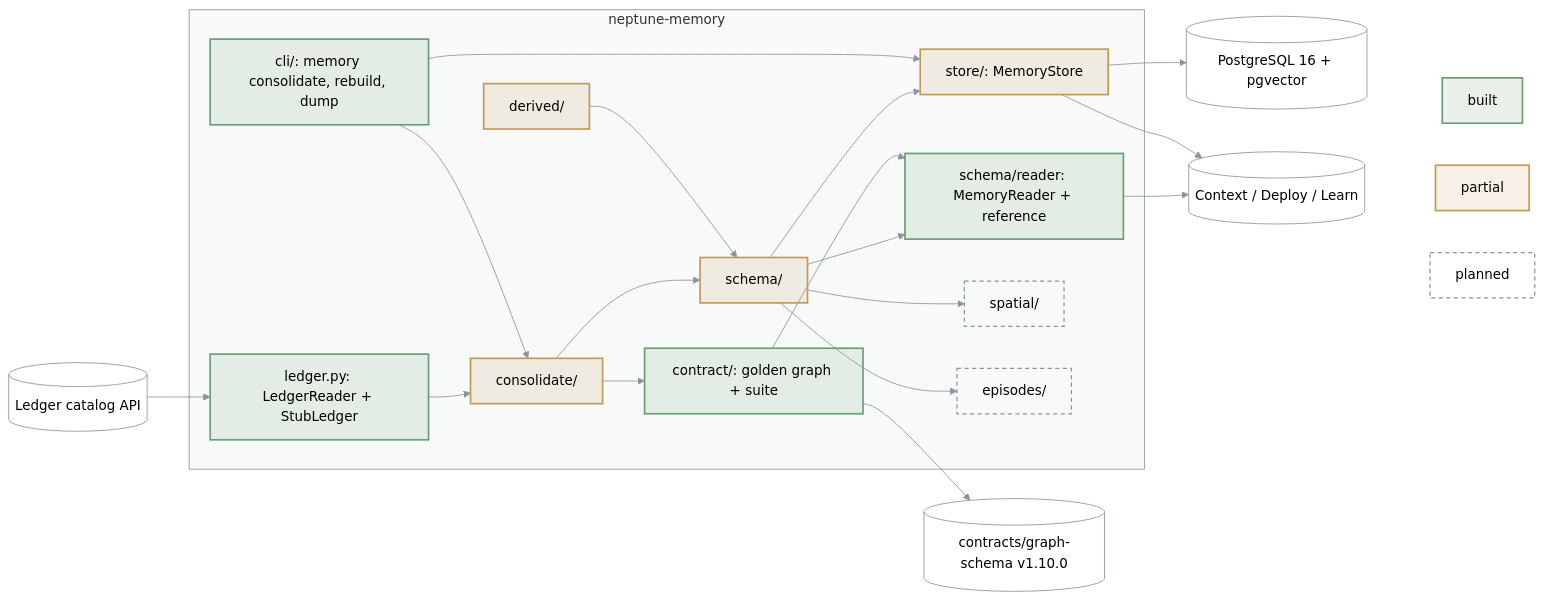
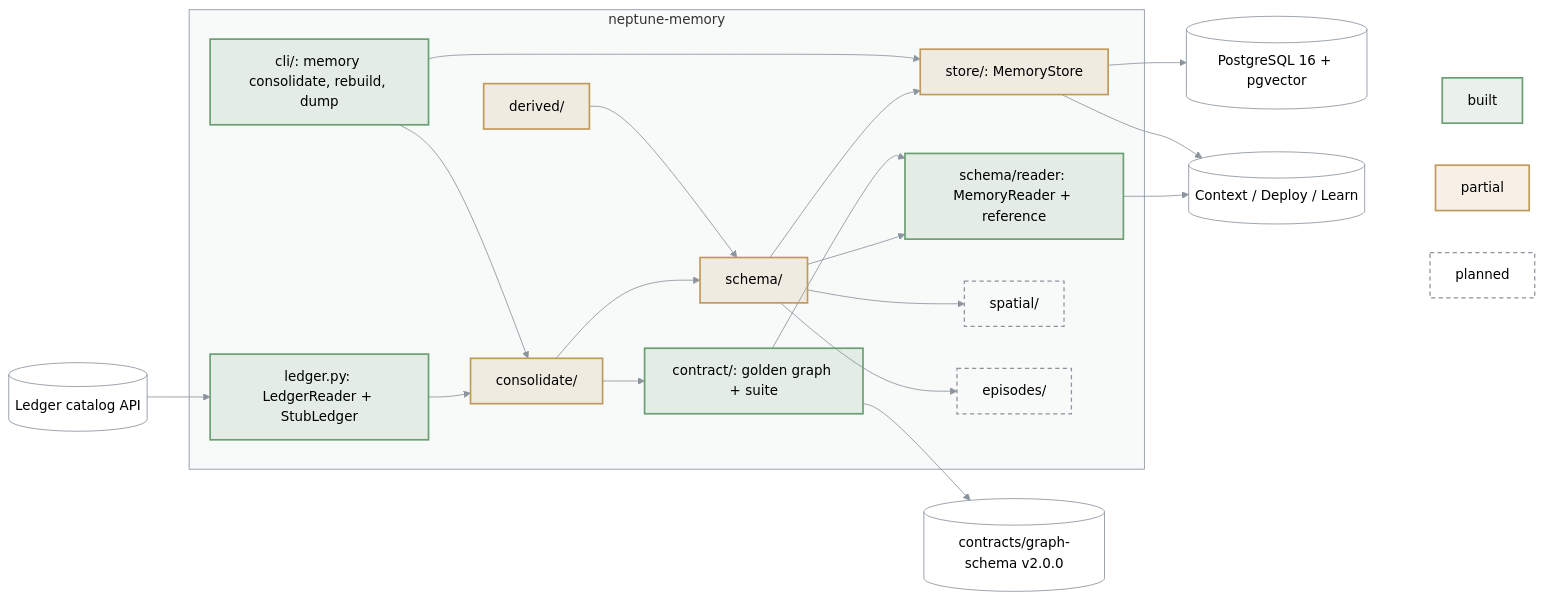
The diagram in packages/neptune-memory/ARCHITECTURE.md (bennytay/neptune), drawn with Mermaid (neutral theme) before and after one commit. The commit also changed 23 other files, not shown here.

First line of the commit message:
feat(memory)!: graph-schema 2.0.0, succeeds changes meaning; documents name their release

````diff
--- a/packages/neptune-memory/ARCHITECTURE.md
+++ b/packages/neptune-memory/ARCHITECTURE.md
@@ -3,49 +3,49 @@
 ```mermaid
 flowchart LR
   LED[("Ledger catalog API")]
   PG[("PostgreSQL 16 + pgvector")]
   subgraph M["neptune-memory"]
     SEAM["ledger.py: LedgerReader + StubLedger"]
     CON["consolidate/"]
     DER["derived/"]
     SCH["schema/"]
     RD["schema/reader: MemoryReader + reference"]
     CT["contract/: golden graph + suite"]
     STO["store/: MemoryStore"]
     SPA["spatial/"]
     EPI["episodes/"]
     CLI["cli/: memory consolidate, rebuild, dump"]
   end
   OUT[("Context / Deploy / Learn")]
   LED --> SEAM --> CON --> SCH --> STO
   DER --> SCH
   SCH --> SPA & EPI
   SCH --> RD --> OUT
   CON --> CT --> RD
-  CT --> REG[("contracts/graph-schema v1.10.0")]
+  CT --> REG[("contracts/graph-schema v2.0.0")]
   STO --> OUT
   CLI --> CON
   CLI --> STO
   STO --> PG
 
   subgraph KEY[" "]
     K1["built"]
     K2["partial"]
     K3["planned"]
   end
   OUT ~~~ K1 & K2 & K3
 
   classDef built fill:#6a9f7426,stroke:#6a9f74,stroke-width:2px
   classDef partial fill:#c09a5b26,stroke:#c09a5b,stroke-width:2px
   classDef todo fill:none,stroke:#8b949e,stroke-width:1.5px,stroke-dasharray:5 4
   classDef ext fill:none,stroke:#8b949e,stroke-width:1px
   class K1 built
   class K2 partial
   class SPA,EPI,K3 todo
   class CON,DER,SCH,STO partial
   class SEAM,RD,CT,CLI built
   class LED,OUT,PG,REG ext
   style M fill:#8b949e0f,stroke:#8b949e
   style KEY fill:none,stroke:none
   linkStyle default stroke:#8b949e
 ```
````
